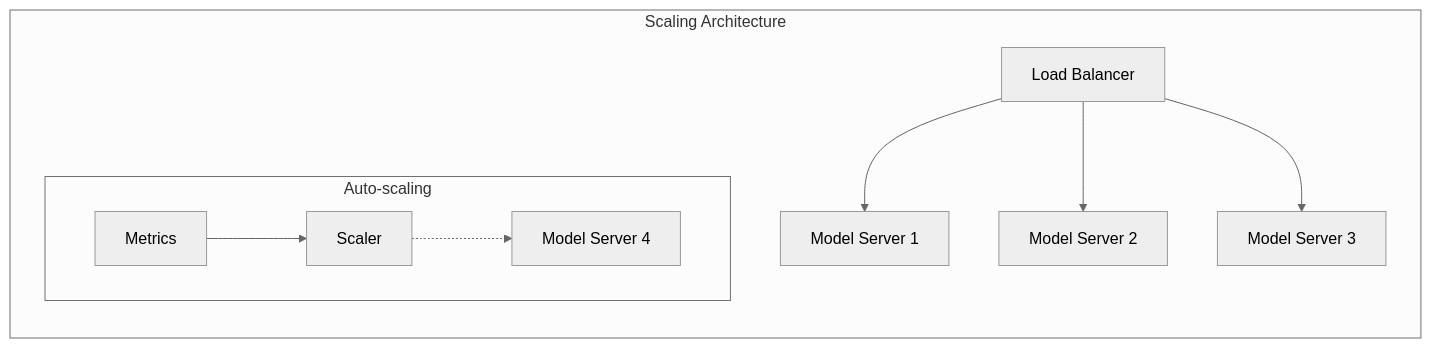
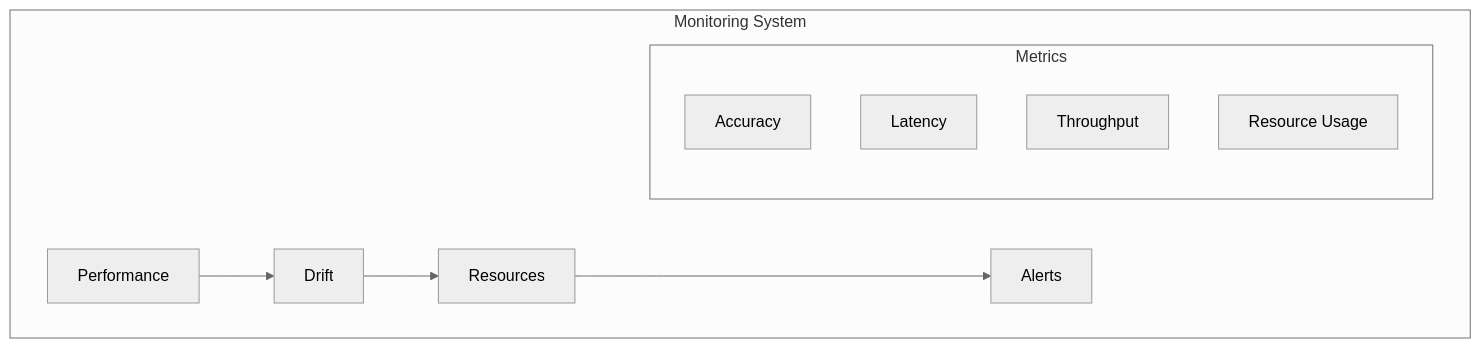
One commit to saravanakumarrc/Architecture_Journey changed the seventh of 7 diagrams in src/AI_ML_Application_Patterns.md. Above: the diagram before and after it, drawn with Mermaid (neutral theme). The commit also changed other lines of this file and 2 other files, not shown here.

Commit message:
Enhance High Availability Design documentation with core concepts, redundancy models, and recovery strategies; improve clarity and structure of monitoring and disaster recovery sections.

````diff
--- a/src/AI_ML_Application_Patterns.md
+++ b/src/AI_ML_Application_Patterns.md
@@ -231,17 +186,15 @@
 ```mermaid
 graph TB
-    subgraph "Scaling Architecture"
-        direction TB
+    subgraph "Monitoring System"
+        P[Performance] --> D[Drift]
+        D --> R[Resources]
+        R --> A[Alerts]
         
-        LB[Load Balancer] --> M1[Model Server 1]
-        LB --> M2[Model Server 2]
-        LB --> M3[Model Server 3]
-        
-        subgraph "Auto-scaling"
-            AM[Metrics]
-            AS[Scaler]
-            AM --> AS
-            AS -.-> M4[Model Server 4]
+        subgraph "Metrics"
+            ACC[Accuracy]
+            LAT[Latency]
+            THR[Throughput]
+            CPU[Resource Usage]
         end
     end
 ```
````
